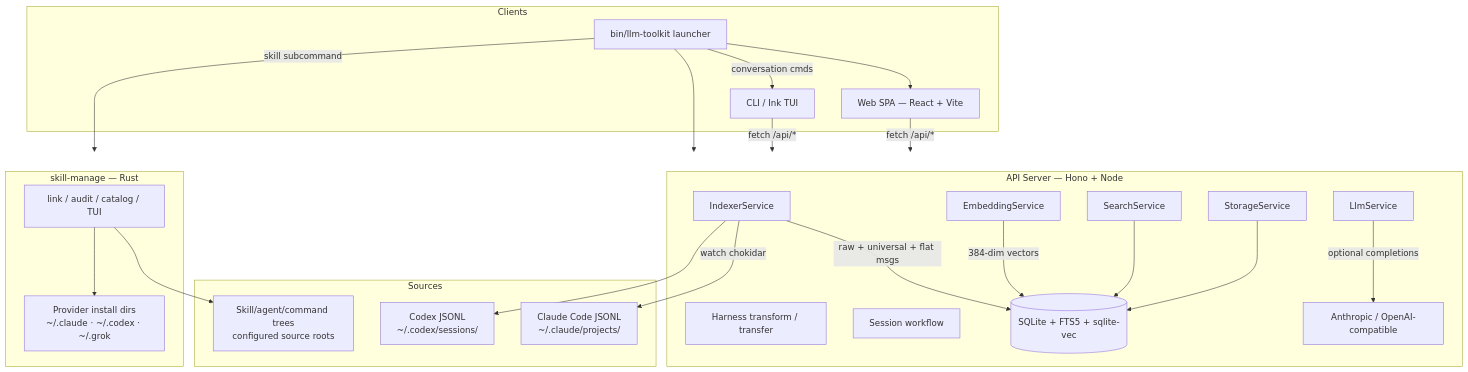
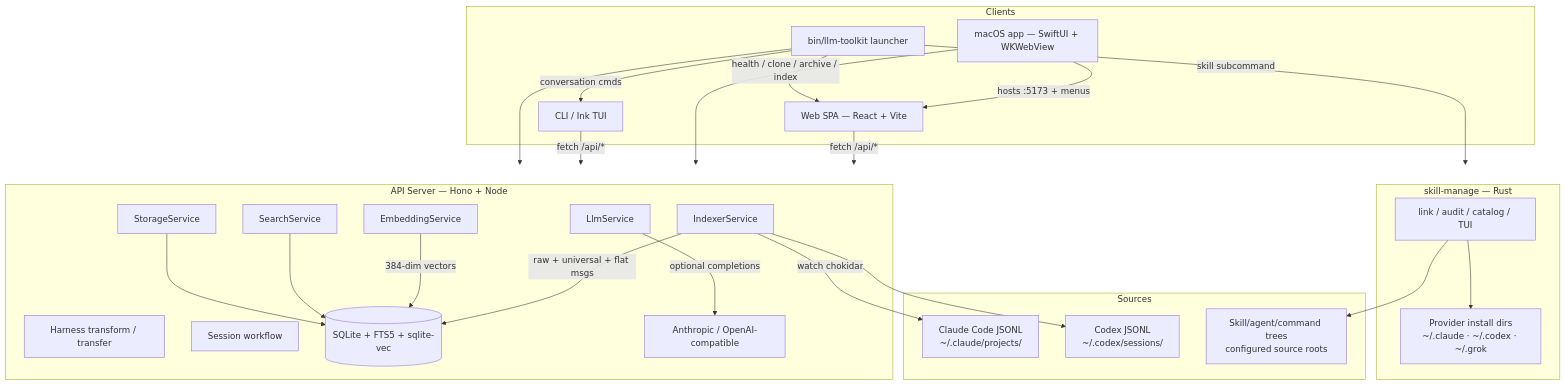
The diagram in docs/PROJ-ARCH.md (the-robot-lives/llm-toolkit), drawn with Mermaid before and after one commit. The commit also changed other lines of this file and 66 other files, not shown here.

First line of the commit message:
feat: add native macOS console host and web hostBridge

````diff
--- a/docs/PROJ-ARCH.md
+++ b/docs/PROJ-ARCH.md
@@ -13,44 +13,47 @@
 ```mermaid
 graph TB
     subgraph Sources
         CC["Claude Code JSONL<br/>~/.claude/projects/"]
         CX["Codex JSONL<br/>~/.codex/sessions/"]
         SK["Skill/agent/command trees<br/>configured source roots"]
     end
 
     subgraph API["API Server — Hono + Node"]
         IDX[IndexerService]
         EMB[EmbeddingService]
         SRH[SearchService]
         STO[StorageService]
         LLM[LlmService]
         XFR[Harness transform / transfer]
         SESS[Session workflow]
         IDX -->|raw + universal + flat msgs| DB[(SQLite + FTS5 + sqlite-vec)]
         EMB -->|384-dim vectors| DB
         SRH --> DB
         STO --> DB
         LLM -->|optional completions| EXT["Anthropic / OpenAI-compatible"]
         IDX -->|watch chokidar| CC
         IDX --> CX
     end
 
     subgraph Clients
         WEB["Web SPA — React + Vite"]
+        MAC["macOS app — SwiftUI + WKWebView"]
         CLI["CLI / Ink TUI"]
         BIN["bin/llm-toolkit launcher"]
     end
 
     subgraph SkillManage["skill-manage — Rust"]
         SM[link / audit / catalog / TUI]
         SM --> SK
         SM --> DEST["Provider install dirs<br/>~/.claude · ~/.codex · ~/.grok"]
     end
 
     WEB -->|fetch /api/*| API
+    MAC -->|hosts :5173 + menus| WEB
+    MAC -->|health / clone / archive / index| API
     CLI -->|fetch /api/*| API
     BIN --> WEB
     BIN --> API
     BIN -->|skill subcommand| SkillManage
     BIN -->|conversation cmds| CLI
 ```
````
